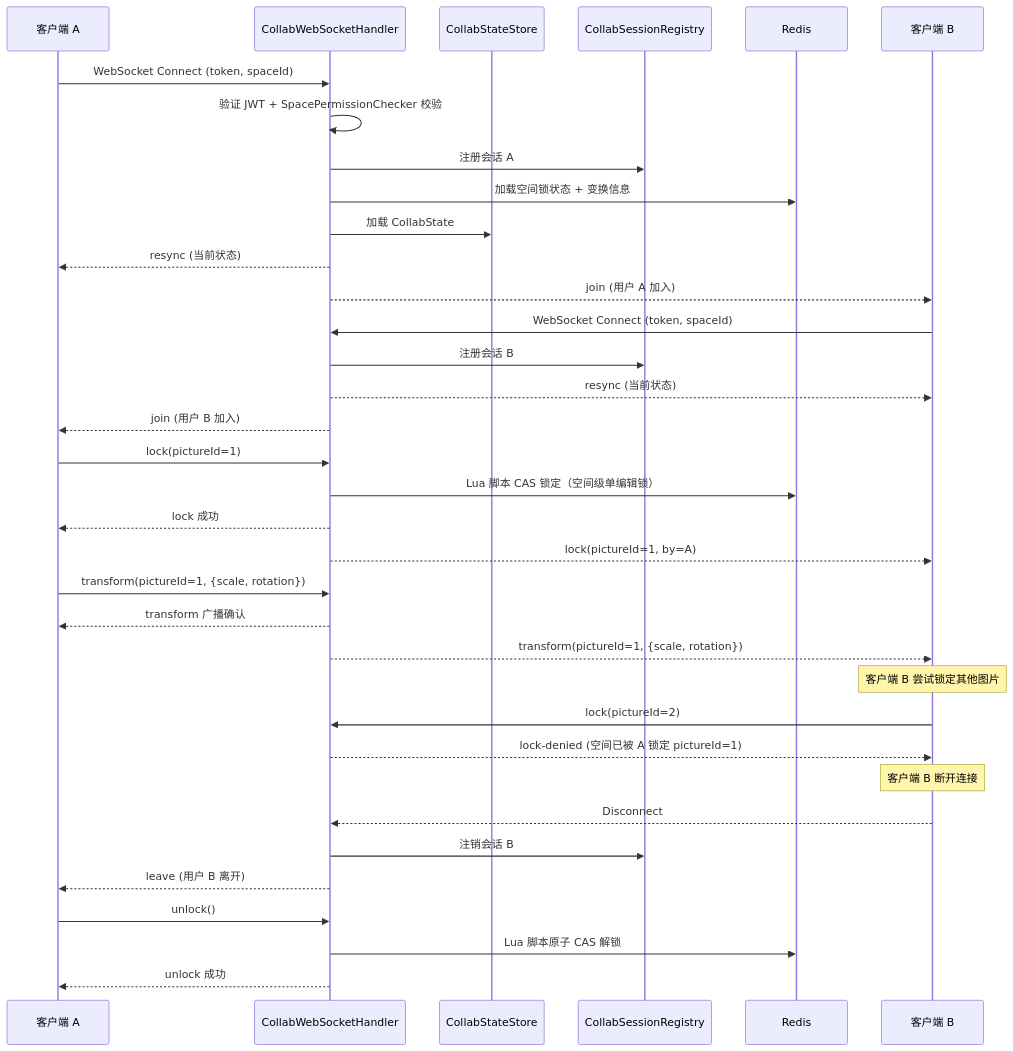
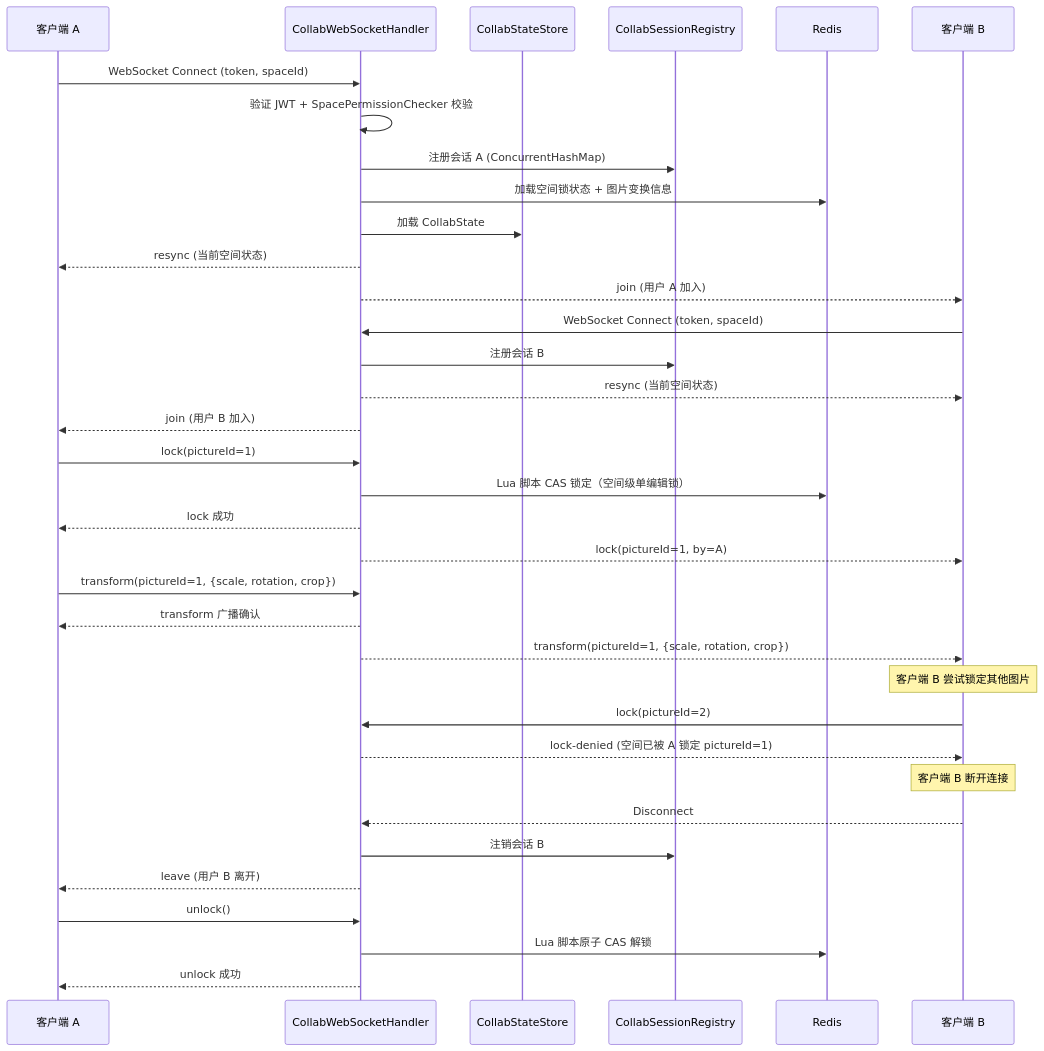
One commit to FishDuM/AI.Image.Material.Collaboration.Platform changed the seventh of 8 diagrams in model/uml_diagrams.md. Above: the diagram before and after it, drawn with Mermaid. The commit also changed other lines of this file and 3 other files, not shown here.

````diff
--- a/model/uml_diagrams.md
+++ b/model/uml_diagrams.md
@@ -686,44 +721,44 @@
 ```mermaid
 sequenceDiagram
     participant A as 客户端 A
     participant WS as CollabWebSocketHandler
     participant CS as CollabStateStore
     participant R as CollabSessionRegistry
     participant Redis as Redis
     participant B as 客户端 B
 
     A->>WS: WebSocket Connect (token, spaceId)
     WS->>WS: 验证 JWT + SpacePermissionChecker 校验
-    WS->>R: 注册会话 A
-    WS->>Redis: 加载空间锁状态 + 变换信息
+    WS->>R: 注册会话 A (ConcurrentHashMap)
+    WS->>Redis: 加载空间锁状态 + 图片变换信息
     WS->>CS: 加载 CollabState
-    WS-->>A: resync (当前状态)
+    WS-->>A: resync (当前空间状态)
     WS-->>B: join (用户 A 加入)
 
     B->>WS: WebSocket Connect (token, spaceId)
     WS->>R: 注册会话 B
-    WS-->>B: resync (当前状态)
+    WS-->>B: resync (当前空间状态)
     WS-->>A: join (用户 B 加入)
 
     A->>WS: lock(pictureId=1)
     WS->>Redis: Lua 脚本 CAS 锁定（空间级单编辑锁）
     WS-->>A: lock 成功
     WS-->>B: lock(pictureId=1, by=A)
 
-    A->>WS: transform(pictureId=1, {scale, rotation})
+    A->>WS: transform(pictureId=1, {scale, rotation, crop})
     WS-->>A: transform 广播确认
-    WS-->>B: transform(pictureId=1, {scale, rotation})
+    WS-->>B: transform(pictureId=1, {scale, rotation, crop})
 
     Note over B: 客户端 B 尝试锁定其他图片
     B->>WS: lock(pictureId=2)
     WS-->>B: lock-denied (空间已被 A 锁定 pictureId=1)
 
     Note over B: 客户端 B 断开连接
     B-->>WS: Disconnect
     WS->>R: 注销会话 B
     WS-->>A: leave (用户 B 离开)
 
     A->>WS: unlock()
     WS->>Redis: Lua 脚本原子 CAS 解锁
     WS-->>A: unlock 成功
 ```
````
